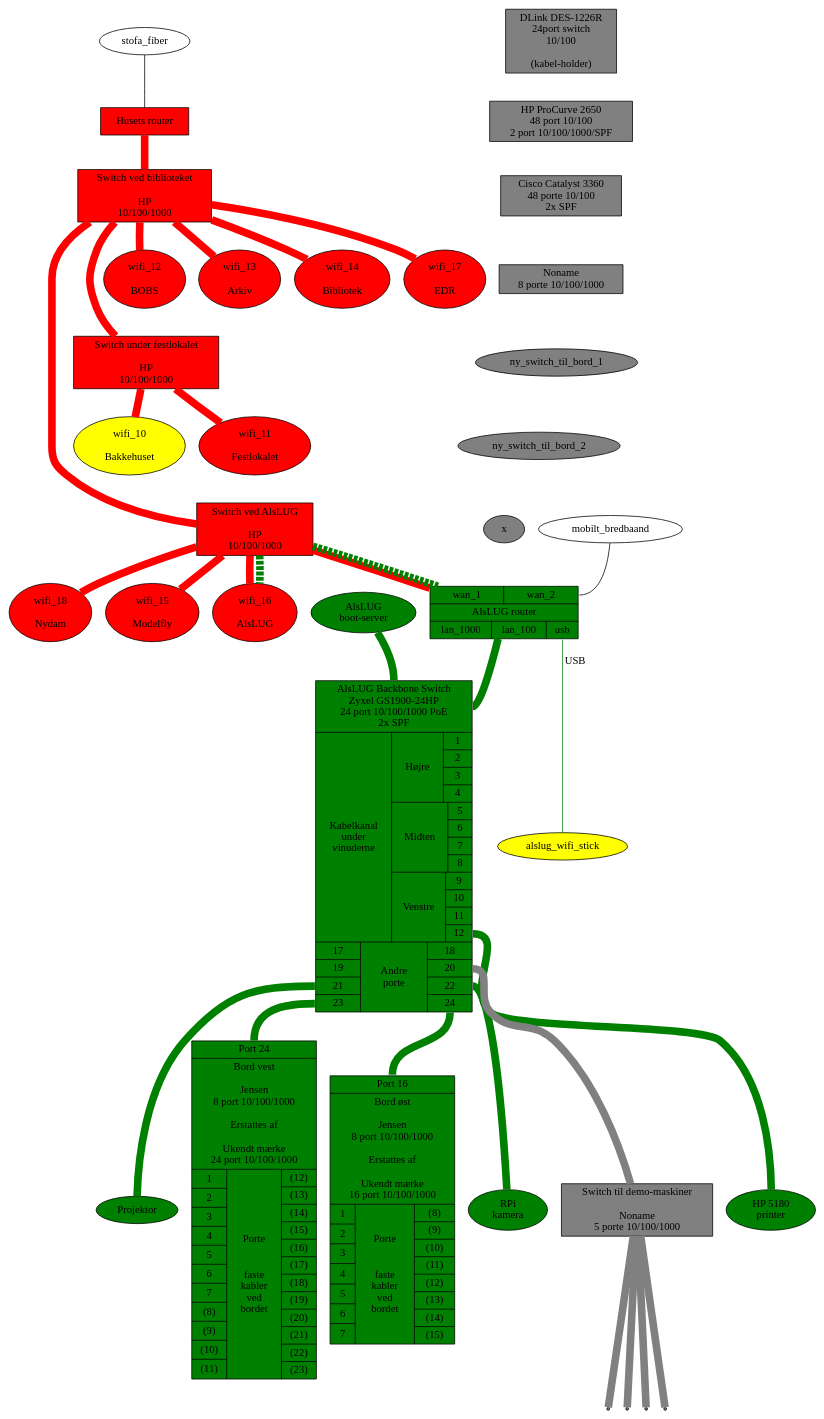
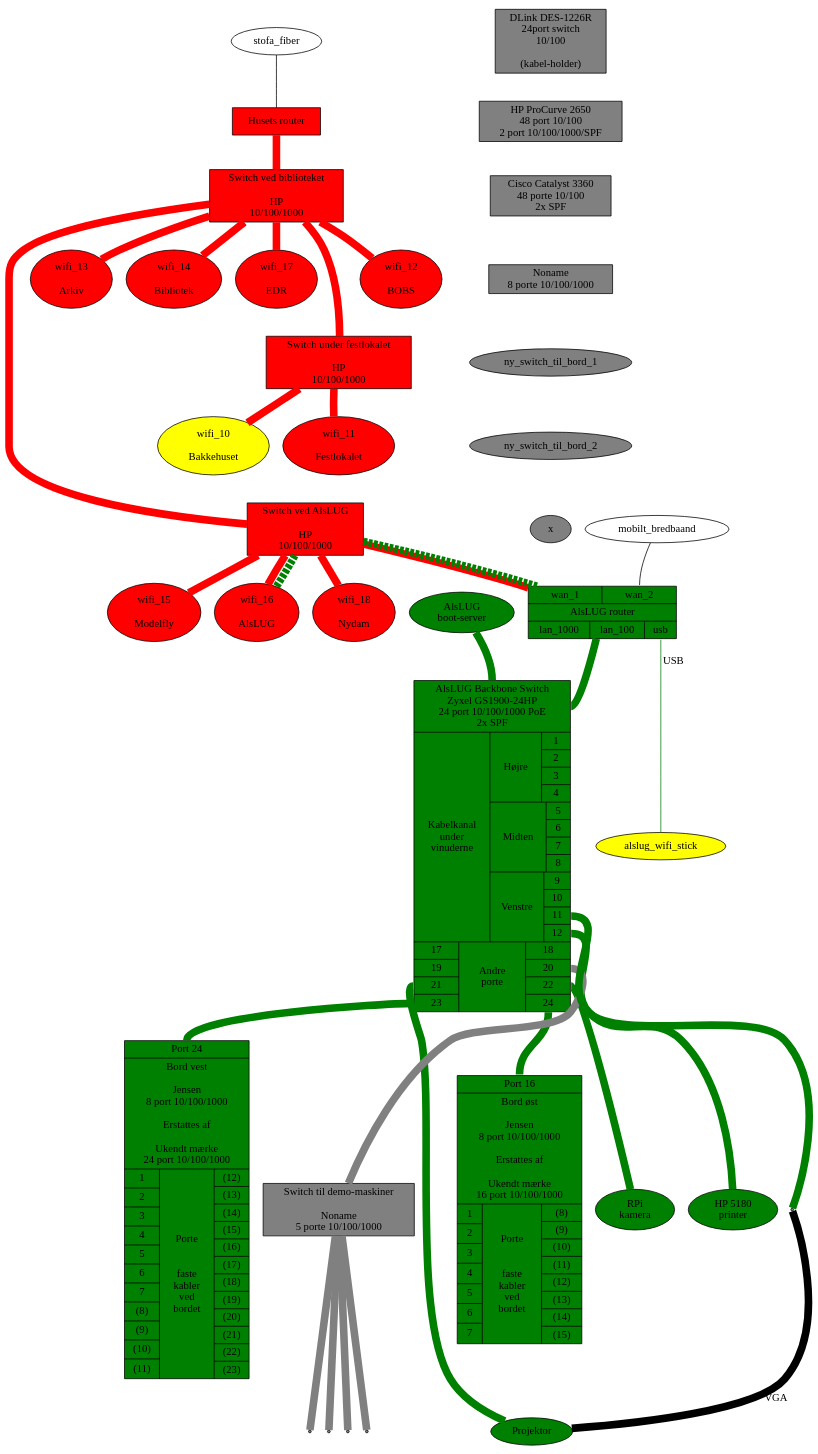
The diagram in projekter/network.dot (alslug/alslug.dk), drawn with Graphviz before and after one commit.

```diff
--- a/projekter/network.dot
+++ b/projekter/network.dot
@@ -1,103 +1,105 @@
 digraph xxx {
   edge [ dir=none penwidth=10 ];
 
   node [ style=filled fillcolor=red ];
   husets_router [ shape=box label="Husets router" ];
   husets_switch_1 [ shape=box label="Switch ved biblioteket\n\nHP\n10/100/1000" ];
   husets_switch_2 [ shape=box label="Switch ved AlsLUG\n\nHP\n10/100/1000" ];
   festlokale_switch [ shape=box label="Switch under festlokalet\n\nHP\n10/100/1000" ];
   wifi_10 [ label=" wifi_10 \n\n Bakkehuset" fillcolor=yellow ];
   wifi_11 [ label=" wifi_11 \n\n Festlokalet "                ];
   wifi_12 [ label=" wifi_12 \n\n BOBS "                       ];
   wifi_13 [ label=" wifi_13 \n\n Arkiv "                      ];
   wifi_14 [ label=" wifi_14 \n\n Bibliotek "                  ];
   wifi_15 [ label=" wifi_15 \n\n Modelfly "                   ];
   wifi_16 [ label=" wifi_16 \n\n AlsLUG "                     ];
   wifi_17 [ label=" wifi_17 \n\n EDR "                        ];
   wifi_18 [ label=" wifi_18 \n\n Nydam "                      ];
   
   node [ style=filled fillcolor=green ];
   alslug_router [ shape=record label="{{<wan_1> wan_1|<wan_2> wan_2}|
                                         AlsLUG router
                                       |{<lan_1000> lan_1000|<lan_100> lan_100|<usb> usb}}" ];
   alslug_gl_bootserver [ label="AlsLUG\nboot-server" ];
   alslug_backbone_switch [ shape=record label="{<any> AlsLUG Backbone Switch \n Zyxel GS1900-24HP \n 24 port 10/100/1000 PoE \n 2x SPF|{Kabelkanal \n under \n vinuderne
 		|{
 			{Højre	|{	<1> 1	|	<2> 2	|	<3> 3	|	<4> 4	}}|
 			{Midten	|{	<5> 5	|	<6> 6	|	<7> 7	|	<8>8	}}|
 			{Venstre|{	<9> 9	|	<10>10	|	<11>11	|	<12>12	}}
 		}}|{{{
 			{<17>17|<18>19|<21>21|<23>23}
 			|Andre \n porte|
 			{<18>18|<20>20|<22>22|<24>24}
 		}}}}"];
   alslug_projektor [ label="Projektor" ]
   alslug_hp5180 [ label="HP 5180 \n printer" ]
   RPi_camera [ label="RPi \n kamera" ]
   bord_1 [ shape=record label="{<24> Port 24|
 		Bord vest\n\nJensen\n8 port 10/100/1000\n\n Erstattes af\n\nUkendt mærke\n24 port 10/100/1000
 		|{
 			{1|2|3|4|5|6|7|(8)|(9)|(10)|(11)}
 			|Porte \n\n\n faste \n kabler \n ved \n bordet|
 			{(12)|(13)|(14)|(15)|(16)|(17)|(18)|(19)|(20)|(21)|(22)|(23)}
 		}}"];
   bord_2 [ shape=record label="{<16> Port 16|
 		Bord øst\n\nJensen\n8 port 10/100/1000\n\n Erstattes af\n\nUkendt mærke\n16 port 10/100/1000
 		|{
 			{1|2|3|4|5|6|7}
 			|Porte \n\n\n faste \n kabler \n ved \n bordet|
 			{(8)|(9)|(10)|(11)|(12)|(13)|(14)|(15)}
 		}}"];
  
   // Udstyr som pt ikke bruges
   node [ style=filled fillcolor=gray ];
   switch_24p      [ shape=box label="DLink DES-1226R\n24port switch\n10/100\n\n(kabel-holder)"];
   switch_48p      [ shape=box label="HP ProCurve 2650\n48 port 10/100\n2 port 10/100/1000/SPF"];
   switch_48p_poe  [ shape=box label="Cisco Catalyst 3360\n48 porte 10/100\n2x SPF"];
   switch_5p       [ shape=box label="Switch til demo-maskiner\n\nNoname\n5 porte 10/100/1000" ];
   switch_8p       [ shape=box label="Noname\n8 porte 10/100/1000"];
   
   switch_24p -> switch_48p -> switch_48p_poe -> switch_8p -> ny_switch_til_bord_1 -> ny_switch_til_bord_2 -> x -> alslug_router [ color=invis ];
   
   
   node [ style=normal ];
   // Internet forbindelser
   stofa_fiber      -> husets_router [ penwidth=1 fillcolor=black style=filled ];
   mobilt_bredbaand -> alslug_router:wan_2 [ penwidth=1 fillcolor=black style=filled ];
   
   // Husets forbindelser
   edge  [ color=red style=solid ];
   husets_switch_1 -> festlokale_switch -> {     wifi_10 wifi_11                                                        };
   husets_router -> husets_switch_1 -> {                        wifi_12 wifi_13 wifi_14                 wifi_17         };
   husets_switch_1 -> husets_switch_2 -> { alslug_router                                wifi_15 wifi_16         wifi_18 };
 
   // VLAN forbindelser over bakkensbros netværk
   edge  [ color=green style=dashed ];
   husets_switch_2 -> { alslug_router:wan_1 wifi_16 };
 
   alslug_wifi_stick [ fillcolor=yellow style=filled ];
 
   // Interne forbindelser
   edge [ color=green style=solid ];
   node [ shape=point ];
   
   {alslug_router:lan_1000 alslug_gl_bootserver} -> alslug_backbone_switch:any;
   alslug_backbone_switch:12 -> alslug_hp5180;
+  alslug_backbone_switch:11 -> alslug_display_procjetor;
   alslug_backbone_switch:20 -> switch_5p -> { demo_1 demo_2 demo_3 demo_4 } [ color=gray ];
   alslug_backbone_switch:21 -> alslug_projektor;
   alslug_backbone_switch:22 -> RPi_camera;
   alslug_backbone_switch:23 -> bord_1:24;
   alslug_backbone_switch:24 -> bord_2:16;
 
+  alslug_display_procjetor -> alslug_projektor [ color=black label="VGA" ];
   alslug_router:usb -> alslug_wifi_stick [ penwidth=1 label="USB" ];
   
   edge [ color=invis ];
   husets_switch_1 -> wifi_12 -> festlokale_switch -> wifi_11 -> husets_switch_2;
 
   subgraph {
     rank = same;
 #    alslug_projektor;
 #    alslug_hp5180;
     alslug_backbone_switch;
   }
 }
```
